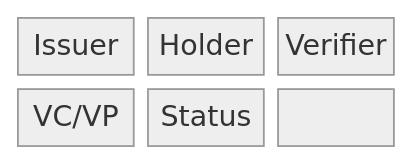
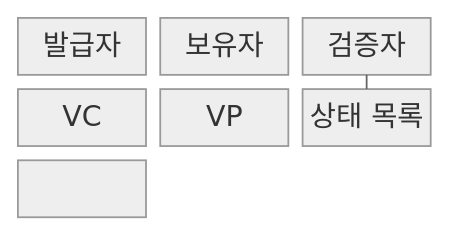
Before and after one commit to agnusdei1207/knowledge-base: the first of 2 diagrams in src/content/docs/notes/08-latest-tech/221_verifiable_credential.md, drawn with Mermaid (neutral theme). The commit also changed other lines of this file and 6 other files, not shown here.

````diff
--- a/src/content/docs/notes/08-latest-tech/221_verifiable_credential.md
+++ b/src/content/docs/notes/08-latest-tech/221_verifiable_credential.md
@@ -67,11 +71,13 @@
 ```mermaid
 block-beta
   columns 3
-  N0["Issuer"]
-  N1["Holder"]
-  N2["Verifier"]
-  N3["VC/VP"]
-  N4["Status"]
-  N0 --- N1 --- N2
-  N2 --- N3 --- N4
+  N0["발급자"]
+  N1["보유자"]
+  N2["검증자"]
+  N3["VC"]
+  N5["VP"]
+  N4["상태 목록"]
+  N0 --- N3 --- N1
+  N1 --- N5 --- N2
+  N2 --- N4
 ```
````
